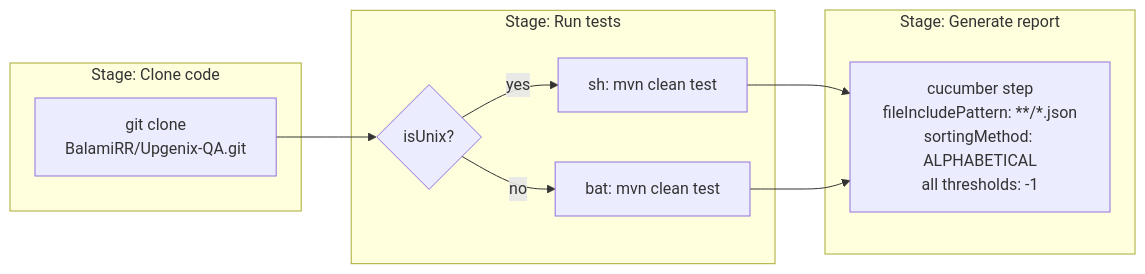
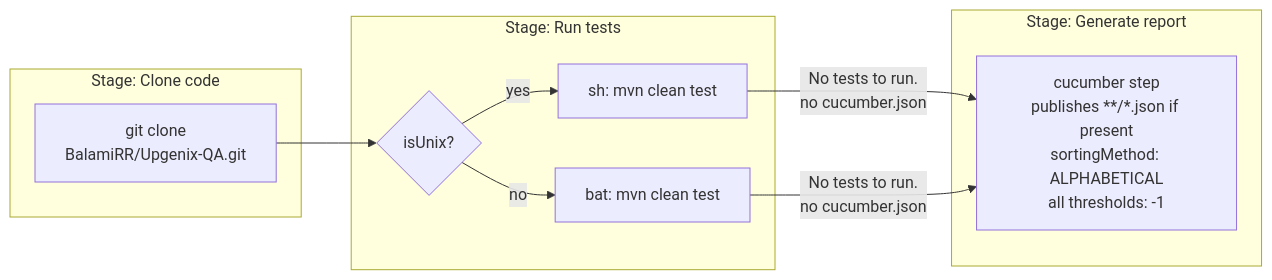
Before and after one commit to lakshya-blitzy/RepoSitory_with_multiple_details_12345-: the second of 4 diagrams in README.md, drawn with Mermaid. The commit also changed other lines of this file and 5 other files, not shown here.

````diff
--- a/README.md
+++ b/README.md
@@ -827,19 +1022,19 @@
 ```mermaid
 flowchart LR
     subgraph Clone["Stage: Clone code"]
         Git["git clone<br/>BalamiRR/Upgenix-QA.git"]
     end
     subgraph Run["Stage: Run tests"]
         Unix{"isUnix?"}
         Sh["sh: mvn clean test"]
         Bat["bat: mvn clean test"]
     end
     subgraph Report["Stage: Generate report"]
-        Cuc["cucumber step<br/>fileIncludePattern: **/*.json<br/>sortingMethod: ALPHABETICAL<br/>all thresholds: -1"]
+        Cuc["cucumber step<br/>publishes **/*.json if present<br/>sortingMethod: ALPHABETICAL<br/>all thresholds: -1"]
     end
     Git --> Unix
     Unix -- "yes" --> Sh
     Unix -- "no" --> Bat
-    Sh --> Cuc
-    Bat --> Cuc
+    Sh -- "No tests to run.<br/>no cucumber.json" --> Cuc
+    Bat -- "No tests to run.<br/>no cucumber.json" --> Cuc
 ```
````
